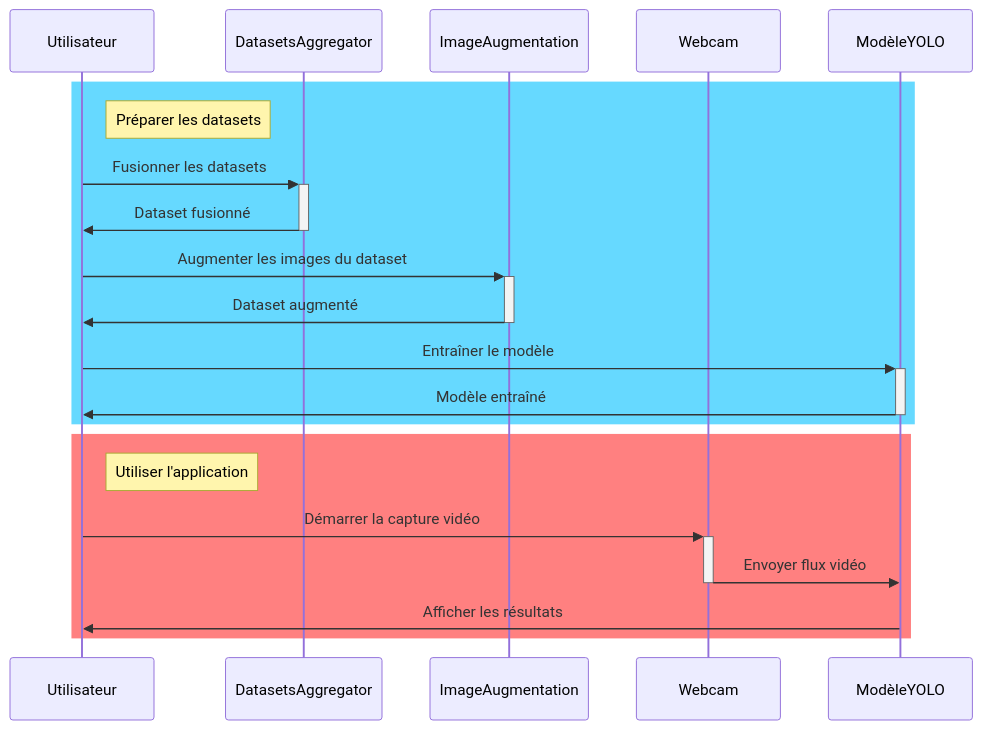
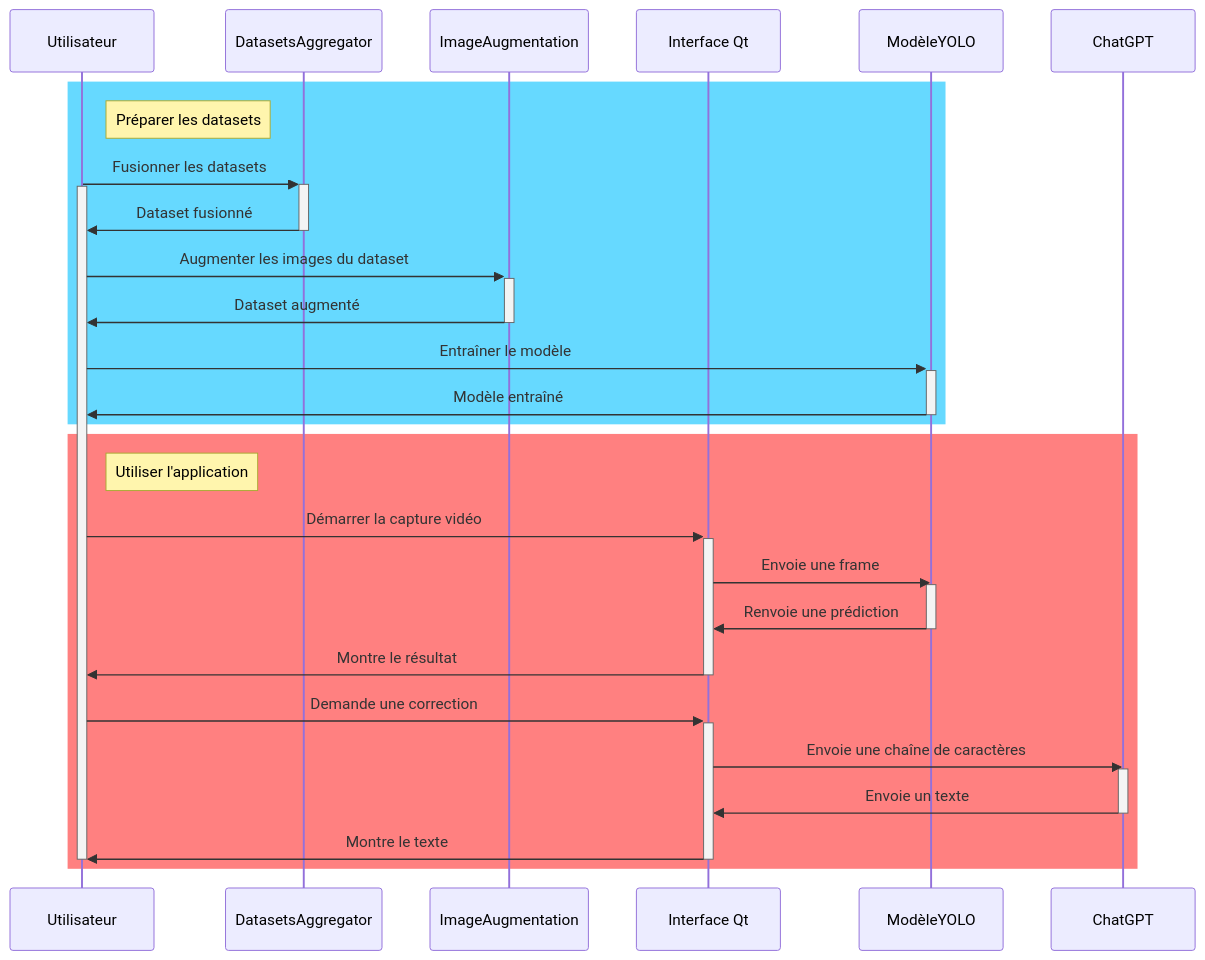
One commit to eltar14/projet-VA changed the diagram in rapport.md. Above: the diagram before and after it, drawn with Mermaid.

Commit message:
Update rapport.md to refine usage flowchart; modified participant names and added interaction with ChatGPT for text correction

````diff
--- a/rapport.md
+++ b/rapport.md
@@ -202,27 +202,39 @@
 ```mermaid
 sequenceDiagram
 accDescr: Diagramme de flux d'utilisation de l'application
 
     participant U as Utilisateur
     participant DA as DatasetsAggregator
     participant IA as ImageAugmentation
-    participant W as Webcam
+    participant W as Interface Qt
     participant MY as ModèleYOLO
+    participant C as ChatGPT
 
     rect rgb(102, 217, 255)
     note right of U: Préparer les datasets
     U->>+DA: Fusionner les datasets
+    activate U
     DA->>-U: Dataset fusionné
     U->>+IA: Augmenter les images du dataset
     IA->>-U: Dataset augmenté
     U->>+MY: Entraîner le modèle
     MY->>-U: Modèle entraîné
     end
 
     rect rgb(255, 128, 128)
     note right of U: Utiliser l'application
     U->>+W: Démarrer la capture vidéo
-    W->>-MY: Envoyer flux vidéo
-    MY->>U: Afficher les résultats
+    W->>MY: Envoie une frame
+    activate MY
+    MY->>W: Renvoie une prédiction
+    deactivate MY
+    W->>-U: Montre le résultat
+    U->>+W: Demande une correction
+    W->>C: Envoie une chaîne de caractères
+    activate C
+    C->>W: Envoie un texte
+    deactivate C
+    W->>-U: Montre le texte
+    deactivate U
     end
 ```
````
